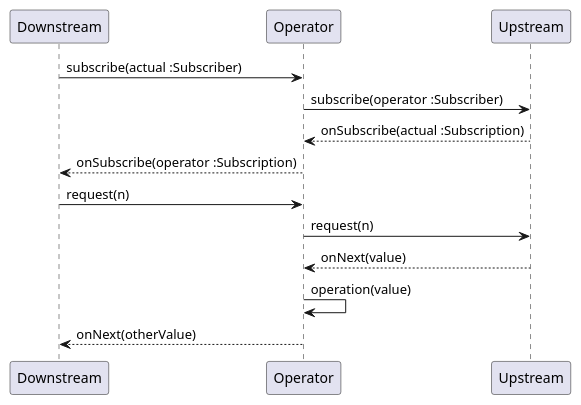
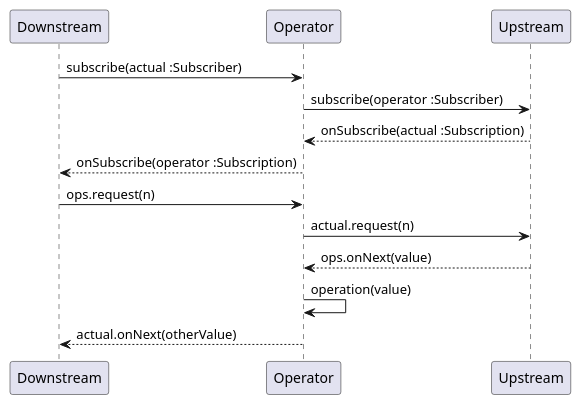
One commit to yanghoon/obsidian-workspace changed the second of 2 diagrams in _diary/2024-06-18.md. Above: the diagram before and after it, drawn with PlantUML.

Commit message:
vault backup: 2024-06-19 00:54:42

````diff
--- a/_diary/2024-06-18.md
+++ b/_diary/2024-06-18.md
@@ -41,20 +41,20 @@
 ```plantuml
 @startuml
 
 participant Downstream as Down
 participant Operator as Ops
 participant Upstream as Up
 
 Down -> Ops: subscribe(actual :Subscriber)
 Ops -> Up: subscribe(operator :Subscriber)
 Ops <-- Up: onSubscribe(actual :Subscription)
 Down <-- Ops: onSubscribe(operator :Subscription)
 
-Down -> Ops: request(n)
-Ops -> Up: request(n)
-Ops <-- Up: onNext(value)
+Down -> Ops: ops.request(n)
+Ops -> Up: actual.request(n)
+Ops <-- Up: ops.onNext(value)
 Ops -> Ops: operation(value)
-Down <-- Ops: onNext(otherValue)
+Down <-- Ops: actual.onNext(otherValue)
 
 @enduml
 ```
````
